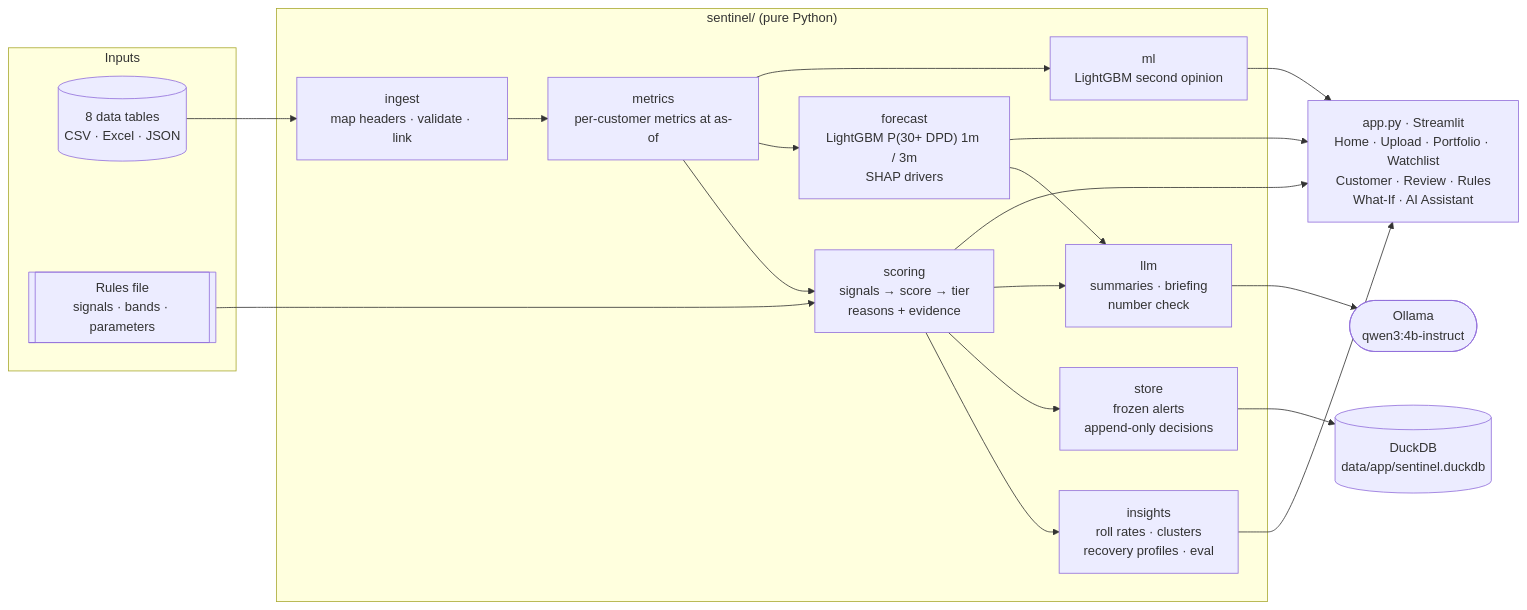
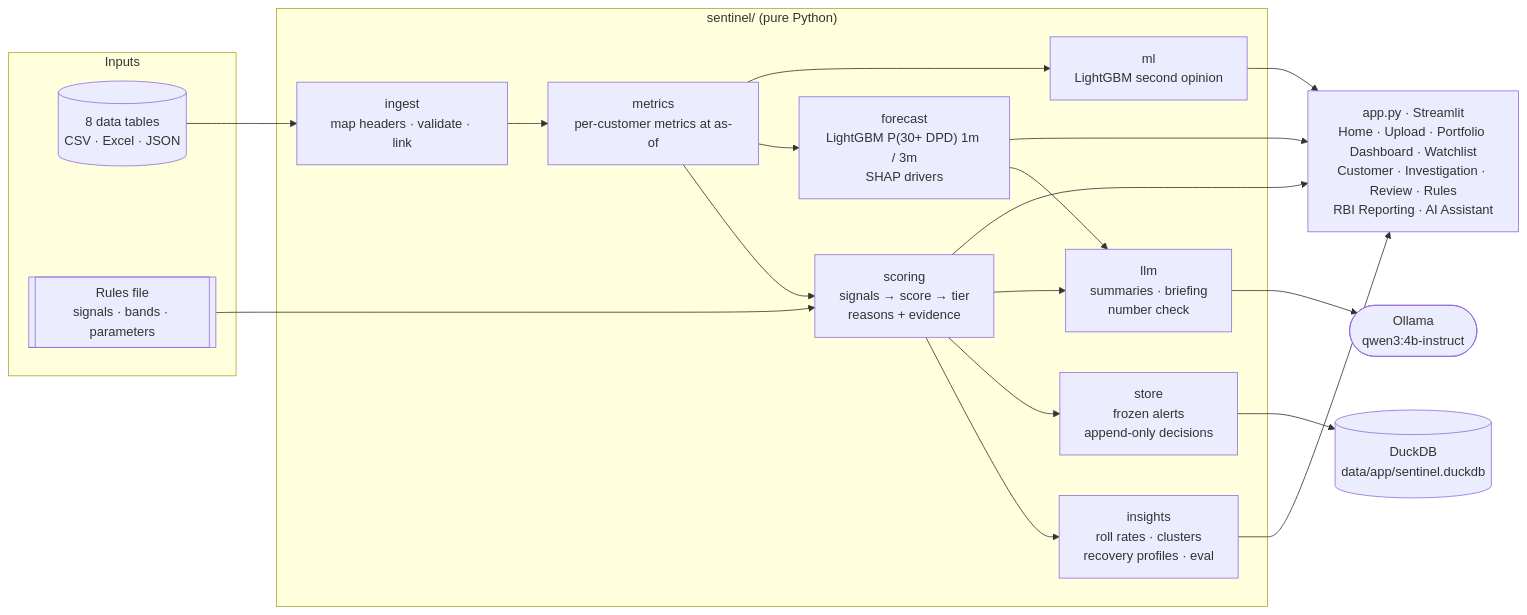
One commit to shxunxk/Early-Warning-Detection-System changed the diagram in README.md. Above: the diagram before and after it, drawn with Mermaid. The commit also changed other lines of this file and 1 other file, not shown here.

````diff
--- a/README.md
+++ b/README.md
@@ -86,29 +87,29 @@
 ```mermaid
 flowchart LR
     subgraph IN["Inputs"]
         FILES[("8 data tables<br/>CSV · Excel · JSON")]
         RULES[["Rules file<br/>signals · bands · parameters"]]
     end
     subgraph CORE["sentinel/ (pure Python)"]
         ING["ingest<br/>map headers · validate · link"]
         MET["metrics<br/>per-customer metrics at as-of"]
         SCO["scoring<br/>signals → score → tier<br/>reasons + evidence"]
         INS["insights<br/>roll rates · clusters<br/>recovery profiles · eval"]
         FC["forecast<br/>LightGBM P(30+ DPD) 1m / 3m<br/>SHAP drivers"]
         MLM["ml<br/>LightGBM second opinion"]
         LLM["llm<br/>summaries · briefing<br/>number check"]
         STO["store<br/>frozen alerts<br/>append-only decisions"]
     end
-    UI["app.py · Streamlit<br/>Home · Upload · Portfolio · Watchlist<br/>Customer · Review · Rules<br/>What-If · AI Assistant"]
+    UI["app.py · Streamlit<br/>Home · Upload · Portfolio Dashboard · Watchlist<br/>Customer · Investigation · Review · Rules<br/>RBI Reporting · AI Assistant"]
     DB[("DuckDB<br/>data/app/sentinel.duckdb")]
     OLL(["Ollama<br/>qwen3:4b-instruct"])
 
     FILES --> ING --> MET --> SCO --> INS
     RULES --> SCO
     MET --> FC
     MET --> MLM
     SCO --> STO --> DB
     SCO --> LLM --> OLL
     FC --> LLM
     SCO & INS & FC & MLM --> UI
 ```
````
